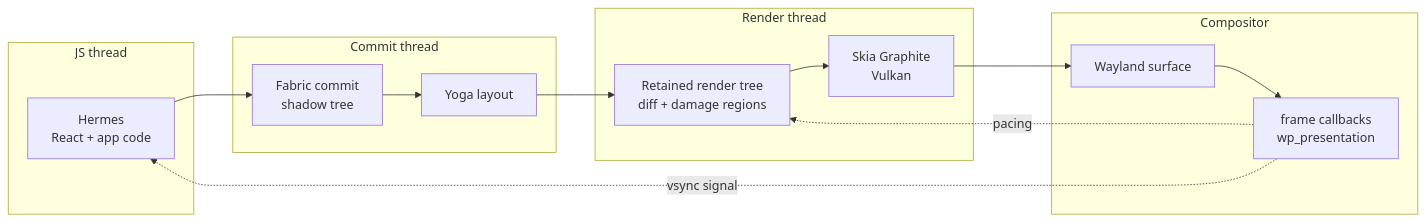
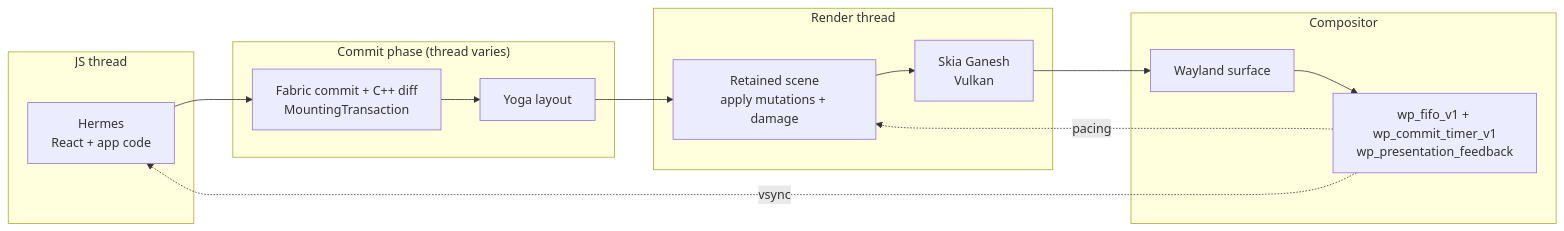
Before and after one commit to react-native-linux/react-native-linux: the diagram in README.md, drawn with Mermaid. The commit also changed other lines of this file and 1 other file, not shown here.

````diff
--- a/README.md
+++ b/README.md
@@ -61,22 +67,22 @@
 ```mermaid
 flowchart LR
   subgraph js ["JS thread"]
     A["Hermes<br/>React + app code"]
   end
-  subgraph commit ["Commit thread"]
-    B["Fabric commit<br/>shadow tree"]
+  subgraph commit ["Commit phase (thread varies)"]
+    B["Fabric commit + C++ diff<br/>MountingTransaction"]
     C["Yoga layout"]
   end
   subgraph render ["Render thread"]
-    D["Retained render tree<br/>diff + damage regions"]
-    E["Skia Graphite<br/>Vulkan"]
+    D["Retained scene<br/>apply mutations + damage"]
+    E["Skia Ganesh<br/>Vulkan"]
   end
   subgraph sys ["Compositor"]
     F["Wayland surface"]
-    G["frame callbacks<br/>wp_presentation"]
+    G["wp_fifo_v1 + wp_commit_timer_v1<br/>wp_presentation_feedback"]
   end
   A --> B --> C --> D --> E --> F
   F --> G
-  G -. "pacing" .-> D
-  G -. "vsync signal" .-> A
+  G -.->|pacing| D
+  G -.->|vsync| A
 ```
````
